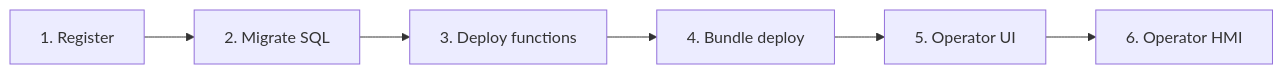
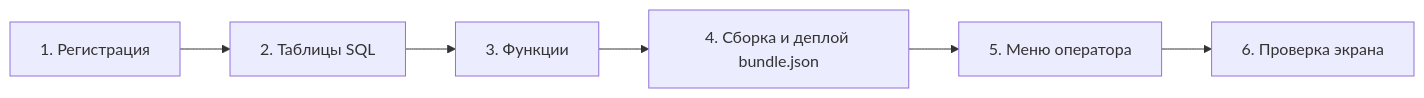
One commit to iot-solutions-ru/ispf changed the diagram in docs/ru/solution-developer-guide.md. Above: the diagram before and after it, drawn with Mermaid. The commit also changed other lines of this file and 201 other files, not shown here.

````diff
--- a/docs/ru/solution-developer-guide.md
+++ b/docs/ru/solution-developer-guide.md
@@ -47,8 +34,8 @@
 ```mermaid
 flowchart LR
-    A[1. Register] --> B[2. Migrate SQL]
-    B --> C[3. Deploy functions]
-    C --> D[4. Bundle deploy]
-    D --> E[5. Operator UI]
-    E --> F[6. Operator HMI]
+    A["1. Регистрация"] --> B["2. Таблицы SQL"]
+    B --> C["3. Функции"]
+    C --> D["4. Сборка и деплой bundle.json"]
+    D --> E["5. Меню оператора"]
+    E --> F["6. Проверка экрана"]
 ```
````
